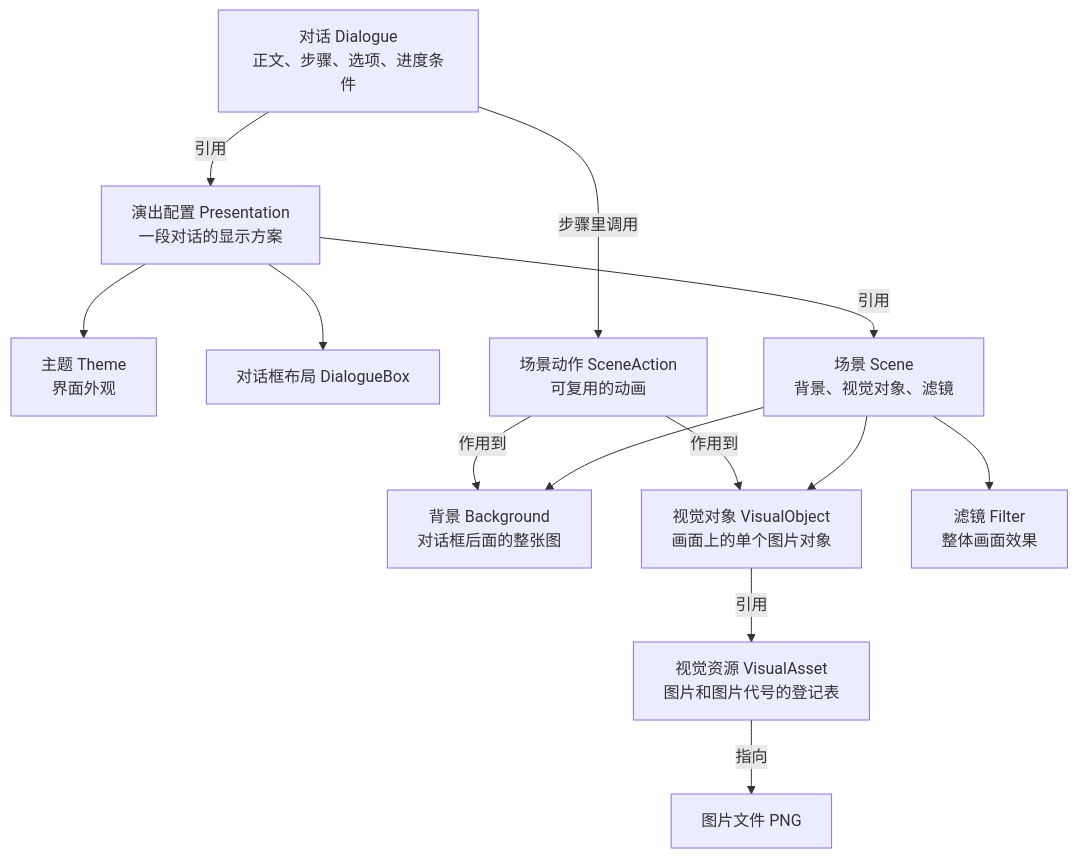
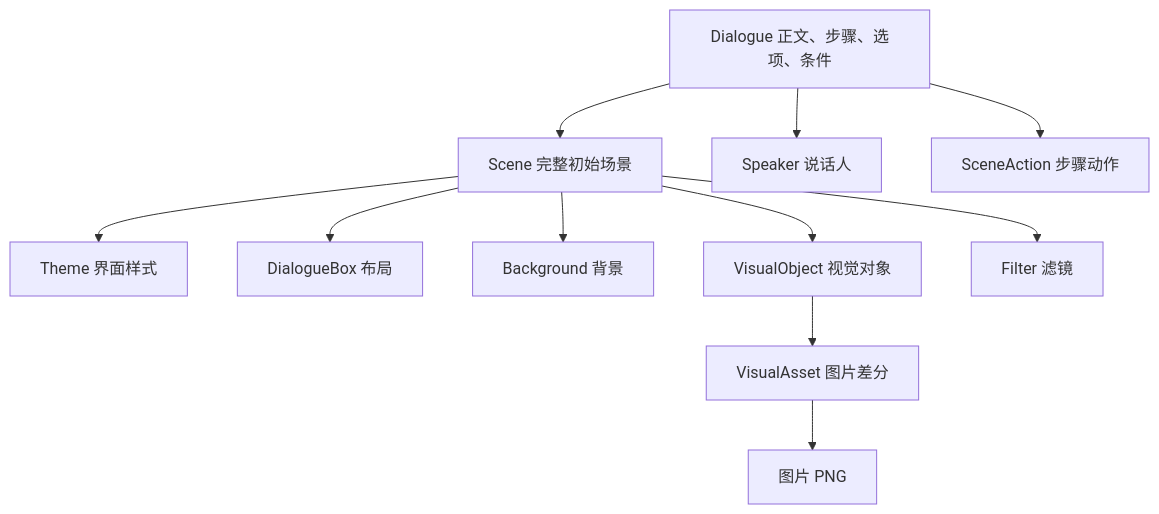
Before and after one commit to RookiesTwo/MaiMai-Dialogue: the diagram in docs/concepts/overview.md, drawn with Mermaid. The commit also changed other lines of this file and 135 other files, not shown here.

Commit message:
refactor: 将 Presentation 合并进 Scene

````diff
--- a/docs/concepts/overview.md
+++ b/docs/concepts/overview.md
@@ -17,16 +17,13 @@
 ```mermaid
 flowchart TD
-    D[对话 Dialogue<br/>正文、步骤、选项、进度条件]
-    D -->|引用| P[演出配置 Presentation<br/>一段对话的显示方案]
-    P --> T[主题 Theme<br/>界面外观]
-    P --> DB[对话框布局 DialogueBox]
-    P -->|引用| S[场景 Scene<br/>背景、视觉对象、滤镜]
-    S --> B[背景 Background<br/>对话框后面的整张图]
-    S --> V[视觉对象 VisualObject<br/>画面上的单个图片对象]
-    S --> F[滤镜 Filter<br/>整体画面效果]
-    V -->|引用| A[视觉资源 VisualAsset<br/>图片和图片代号的登记表]
-    A -->|指向| I[图片文件 PNG]
-    D -->|步骤里调用| SA[场景动作 SceneAction<br/>可复用的动画]
-    SA -->|作用到| V
-    SA -->|作用到| B
+    D[Dialogue 正文、步骤、选项、条件] --> S[Scene 完整初始场景]
+    D --> SP[Speaker 说话人]
+    D --> SA[SceneAction 步骤动作]
+    S --> T[Theme 界面样式]
+    S --> DB[DialogueBox 布局]
+    S --> B[Background 背景]
+    S --> V[VisualObject 视觉对象]
+    S --> F[Filter 滤镜]
+    V --> A[VisualAsset 图片差分]
+    A --> I[图片 PNG]
 ```
````
